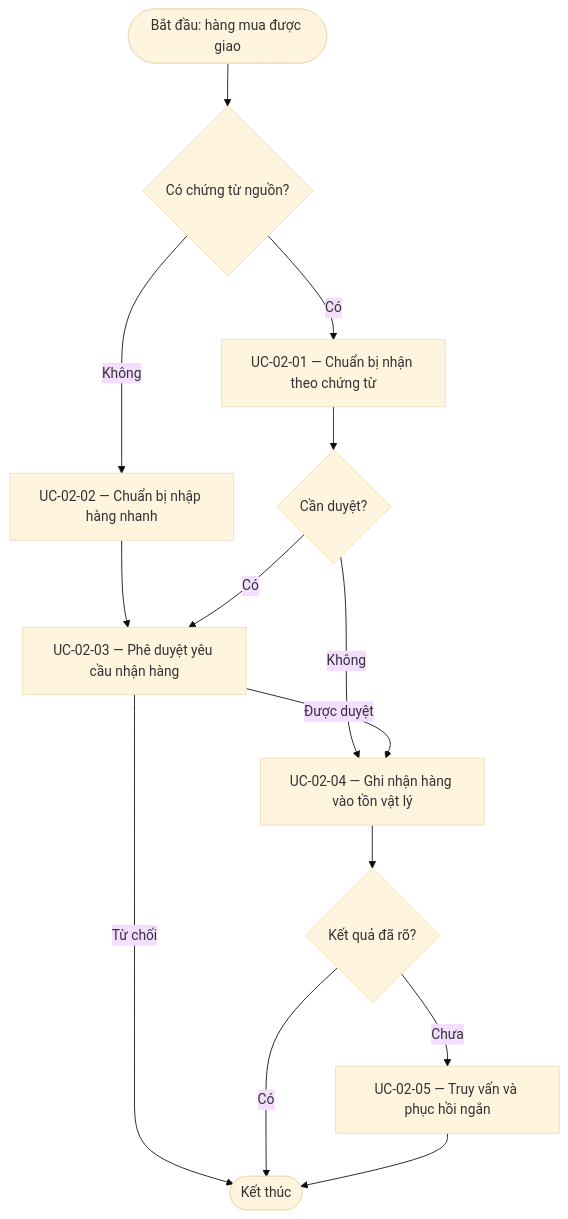
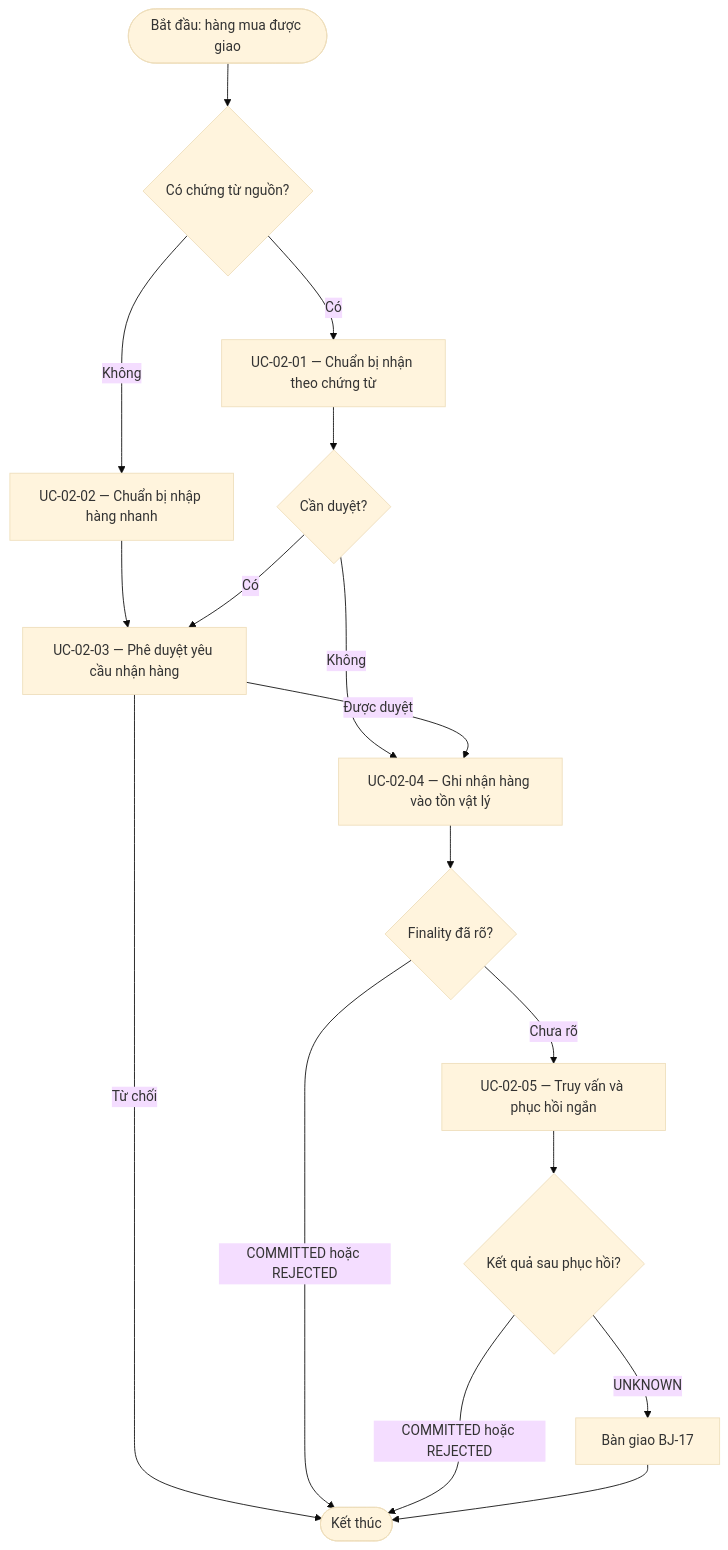
The diagram in specs/themes/theme-07/02.specification/behavior/journeys/BJ-02-nhan-hang-mua.md (DsChien102/erp-sales-inventory), drawn with Mermaid (base theme) before and after one commit. The commit also changed other lines of this file and 14 other files, not shown here.

````diff
--- a/specs/themes/theme-07/02.specification/behavior/journeys/BJ-02-nhan-hang-mua.md
+++ b/specs/themes/theme-07/02.specification/behavior/journeys/BJ-02-nhan-hang-mua.md
@@ -36,16 +38,19 @@
 ```mermaid
 flowchart TD
     Begin([Bắt đầu: hàng mua được giao]) --> D{"Có chứng từ nguồn?"}
     D -->|Có| U1["UC-02-01 — Chuẩn bị nhận theo chứng từ"]
     D -->|Không| U2["UC-02-02 — Chuẩn bị nhập hàng nhanh"]
     U1 --> A{"Cần duyệt?"}
     U2 --> U3["UC-02-03 — Phê duyệt yêu cầu nhận hàng"]
     A -->|Có| U3
     A -->|Không| U4["UC-02-04 — Ghi nhận hàng vào tồn vật lý"]
     U3 -->|Được duyệt| U4
     U3 -->|Từ chối| End([Kết thúc])
-    U4 --> R{"Kết quả đã rõ?"}
-    R -->|Có| End
-    R -->|Chưa| U5["UC-02-05 — Truy vấn và phục hồi ngắn"]
-    U5 --> End
+    U4 --> R{"Finality đã rõ?"}
+    R -->|COMMITTED hoặc REJECTED| End
+    R -->|Chưa rõ| U5["UC-02-05 — Truy vấn và phục hồi ngắn"]
+    U5 --> F{"Kết quả sau phục hồi?"}
+    F -->|COMMITTED hoặc REJECTED| End
+    F -->|UNKNOWN| H17["Bàn giao BJ-17"]
+    H17 --> End
 ```
````
